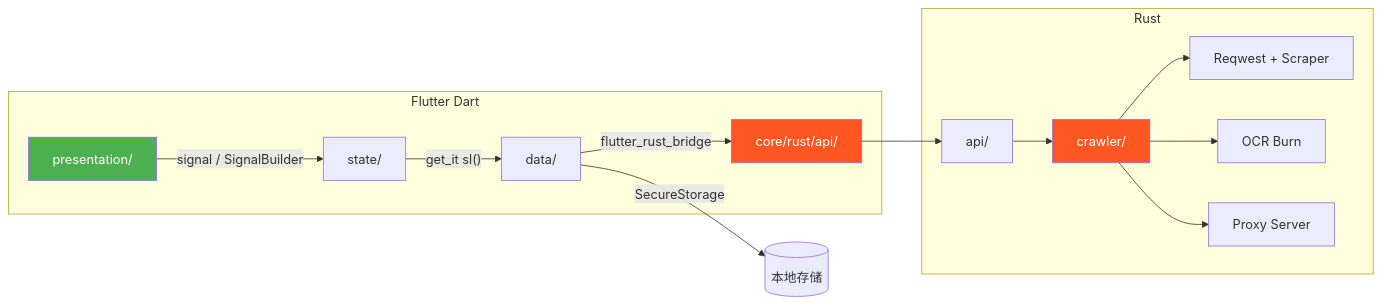
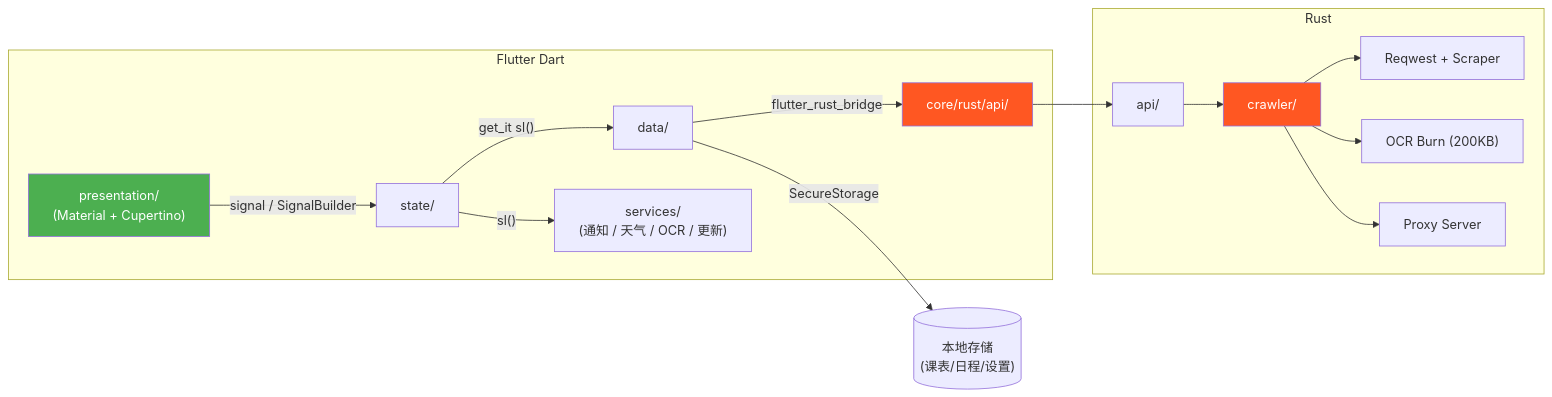
The fifth of 7 diagrams in README.md (fans963/li_curriculum_table), drawn with Mermaid before and after one commit. The commit also changed other lines of this file and 242 other files, not shown here.

````diff
--- a/README.md
+++ b/README.md
@@ -357,22 +388,23 @@
 ```mermaid
 graph LR
     subgraph "Flutter Dart"
-        A["presentation/"] -->|"signal / SignalBuilder"| B["state/"]
+        A["presentation/<br/>(Material + Cupertino)"] -->|"signal / SignalBuilder"| B["state/"]
         B -->|"get_it sl()"| C["data/"]
         C -->|"flutter_rust_bridge"| D["core/rust/api/"]
+        B -->|"sl()"| SVC["services/<br/>(通知 / 天气 / OCR / 更新)"]
     end
 
     subgraph "Rust"
         D --> E["api/"]
         E --> F["crawler/"]
         F --> G["Reqwest + Scraper"]
-        F --> H["OCR Burn"]
+        F --> H["OCR Burn (200KB)"]
         F --> I["Proxy Server"]
     end
 
-    C -->|"SecureStorage"| J[("本地存储")]
+    C -->|"SecureStorage"| J[("本地存储<br/>(课表/日程/设置)")]
 
     style A fill:#4CAF50,color:#fff
     style D fill:#FF5722,color:#fff
     style F fill:#FF5722,color:#fff
 ```
````
